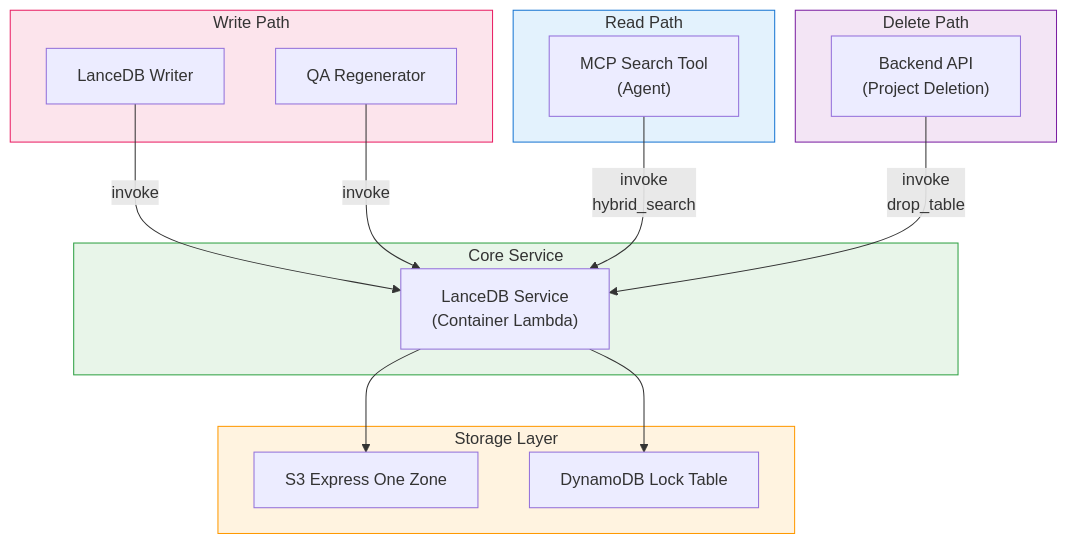
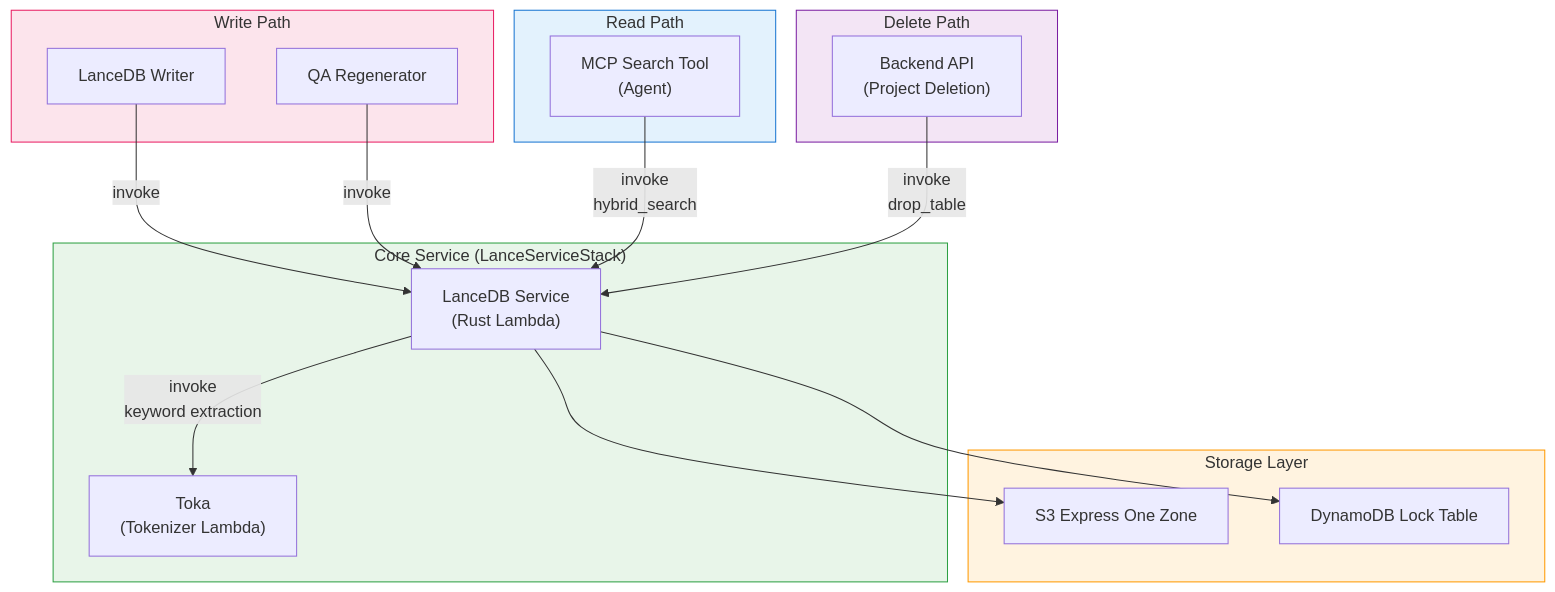
One commit to rajaelime/sample-aws-idp-pipeline changed the diagram in docs/src/content/docs/en/vectordb.md. Above: the diagram before and after it, drawn with Mermaid. The commit also changed other lines of this file and 32 other files, not shown here.

Commit message:
Update docs for OCR, graph, vectordb, and features

````diff
--- a/docs/src/content/docs/en/vectordb.md
+++ b/docs/src/content/docs/en/vectordb.md
@@ -271,37 +328,39 @@
 ```mermaid
 graph TB
     subgraph Write["Write Path"]
         Writer["LanceDB Writer"]
         QA["QA Regenerator"]
     end
 
     subgraph Read["Read Path"]
         MCP["MCP Search Tool<br/>(Agent)"]
     end
 
     subgraph Delete["Delete Path"]
         Backend["Backend API<br/>(Project Deletion)"]
     end
 
-    subgraph Core["Core Service"]
-        Service["LanceDB Service<br/>(Container Lambda)"]
+    subgraph Core["Core Service (LanceServiceStack)"]
+        Service["LanceDB Service<br/>(Rust Lambda)"]
+        Toka["Toka<br/>(Tokenizer Lambda)"]
     end
 
     subgraph Storage["Storage Layer"]
         S3["S3 Express One Zone"]
         DDB["DynamoDB Lock Table"]
     end
 
     Writer -->|invoke| Service
     QA -->|invoke| Service
     MCP -->|invoke<br/>hybrid_search| Service
     Backend -->|invoke<br/>drop_table| Service
 
+    Service -->|invoke<br/>keyword extraction| Toka
     Service --> S3 & DDB
 
     style Storage fill:#fff3e0,stroke:#ff9900
     style Core fill:#e8f5e9,stroke:#2ea043
     style Write fill:#fce4ec,stroke:#e91e63
     style Read fill:#e3f2fd,stroke:#1976d2
     style Delete fill:#f3e5f5,stroke:#7b1fa2
 ```
````
